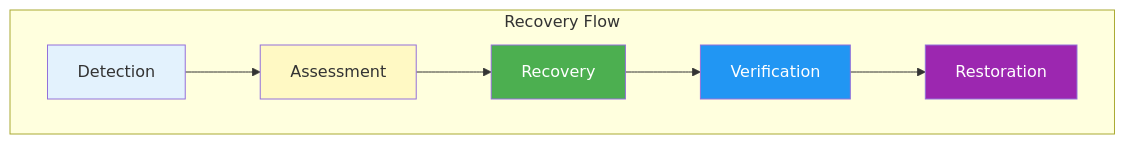
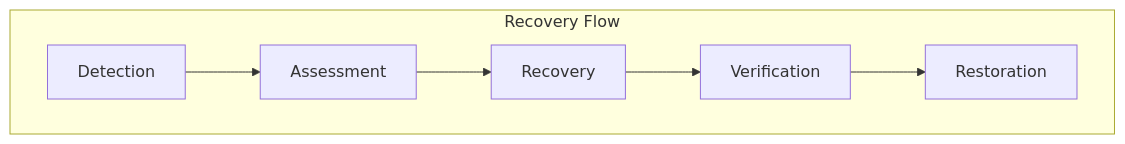
The fifth of 5 diagrams in README.md (Thunder9954/Markush_FECS), drawn with Mermaid before and after one commit. The commit also changed other lines of this file, not shown here.

````diff
--- a/README.md
+++ b/README.md
@@ -180,15 +155,9 @@
 ```mermaid
 flowchart TB
     subgraph "Recovery Flow"
         A[Detection] --> B[Assessment]
         B --> C[Recovery]
         C --> D[Verification]
         D --> E[Restoration]
     end
-    
-    style A fill:#e3f2fd
-    style B fill:#FFF9C4
-    style C fill:#4CAF50,color:#fff
-    style D fill:#2196F3,color:#fff
-    style E fill:#9C27B0,color:#fff
 ```
````
